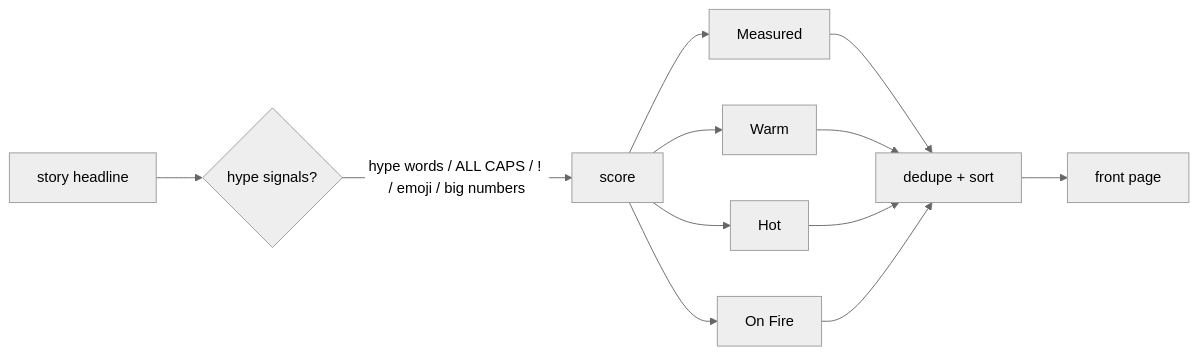
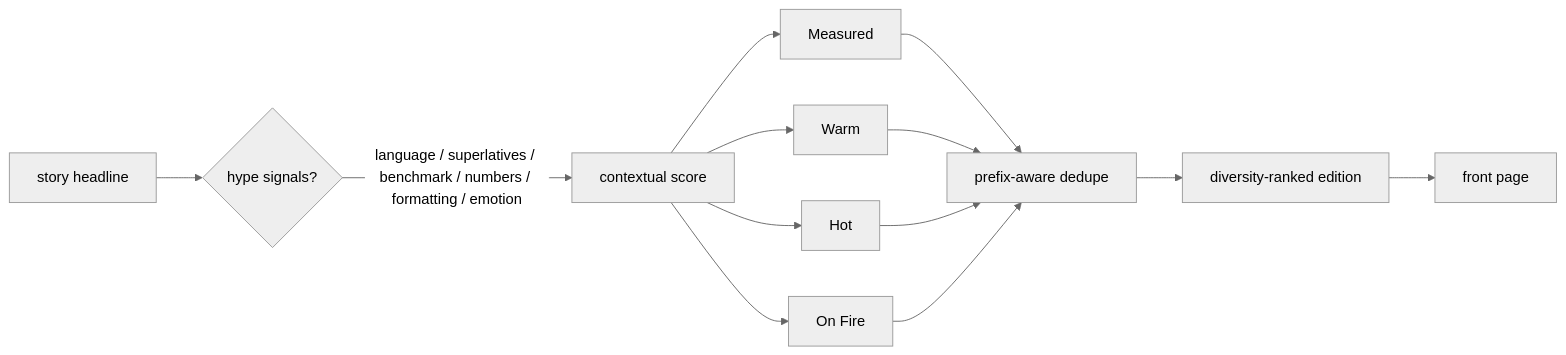
One commit to sinzo8771-prog/Baseline changed the second of 2 diagrams in README.md. Above: the diagram before and after it, drawn with Mermaid (neutral theme). The commit also changed other lines of this file and 4 other files, not shown here.

````diff
--- a/README.md
+++ b/README.md
@@ -220,11 +226,12 @@
 ```mermaid
 flowchart LR
     S["story headline"] --> H{"hype signals?"}
-    H -- "hype words / ALL CAPS / ! / emoji / big numbers" --> P["score"]
+    H -- "language / superlatives / benchmark / numbers / formatting / emotion" --> P["contextual score"]
     P --> M["Measured"]
     P --> W["Warm"]
     P --> H2["Hot"]
     P --> F["On Fire"]
-    M & W & H2 & F --> D["dedupe + sort"]
-    D --> R["front page"]
+    M & W & H2 & F --> D["prefix-aware dedupe"]
+    D --> R["diversity-ranked edition"]
+    R --> FR["front page"]
 ```
````
